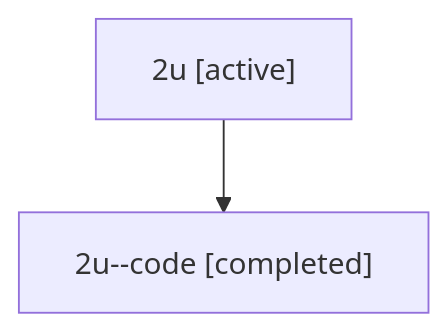
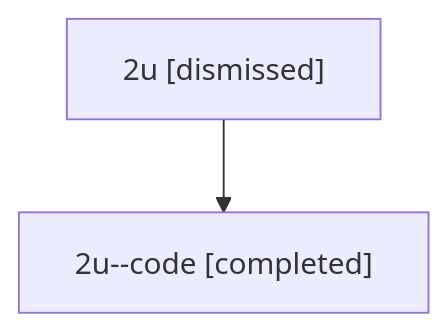
The diagram in sessions/bbugyi200.athena.2u.md (sase-org/sase--agents), drawn with Mermaid before and after one commit. The commit also changed other lines of this file and 33 other files, not shown here.

````diff
--- a/sessions/bbugyi200.athena.2u.md
+++ b/sessions/bbugyi200.athena.2u.md
@@ -9,6 +9,6 @@
 ```mermaid
 flowchart TD
-  n0["2u [active]"]
+  n0["2u [dismissed]"]
   n1["2u--code [completed]"]
   n0 --> n1
 ```
````
